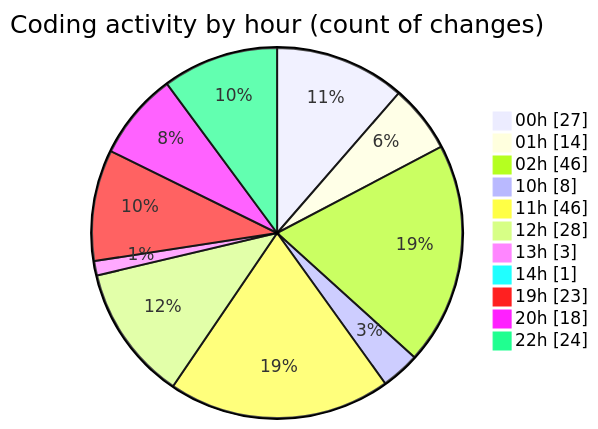
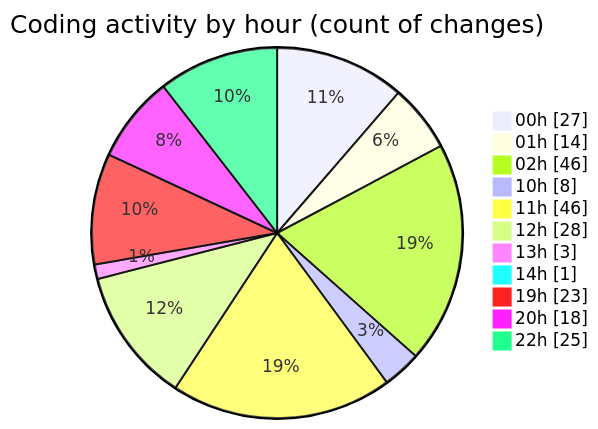
Before and after one commit to lephambinh05/code-tracking: the second of 2 diagrams in 2025-07-17/nhahang/README.md, drawn with Mermaid. The commit also changed other lines of this file and 1 other file, not shown here.

````diff
--- a/2025-07-17/nhahang/README.md
+++ b/2025-07-17/nhahang/README.md
@@ -101,15 +101,15 @@
 ```mermaid
 pie showData
 title Coding activity by hour (count of changes)
 "00h" : 27
 "01h" : 14
 "02h" : 46
 "10h" : 8
 "11h" : 46
 "12h" : 28
 "13h" : 3
 "14h" : 1
 "19h" : 23
 "20h" : 18
-"22h" : 24
+"22h" : 25
 ```
````
